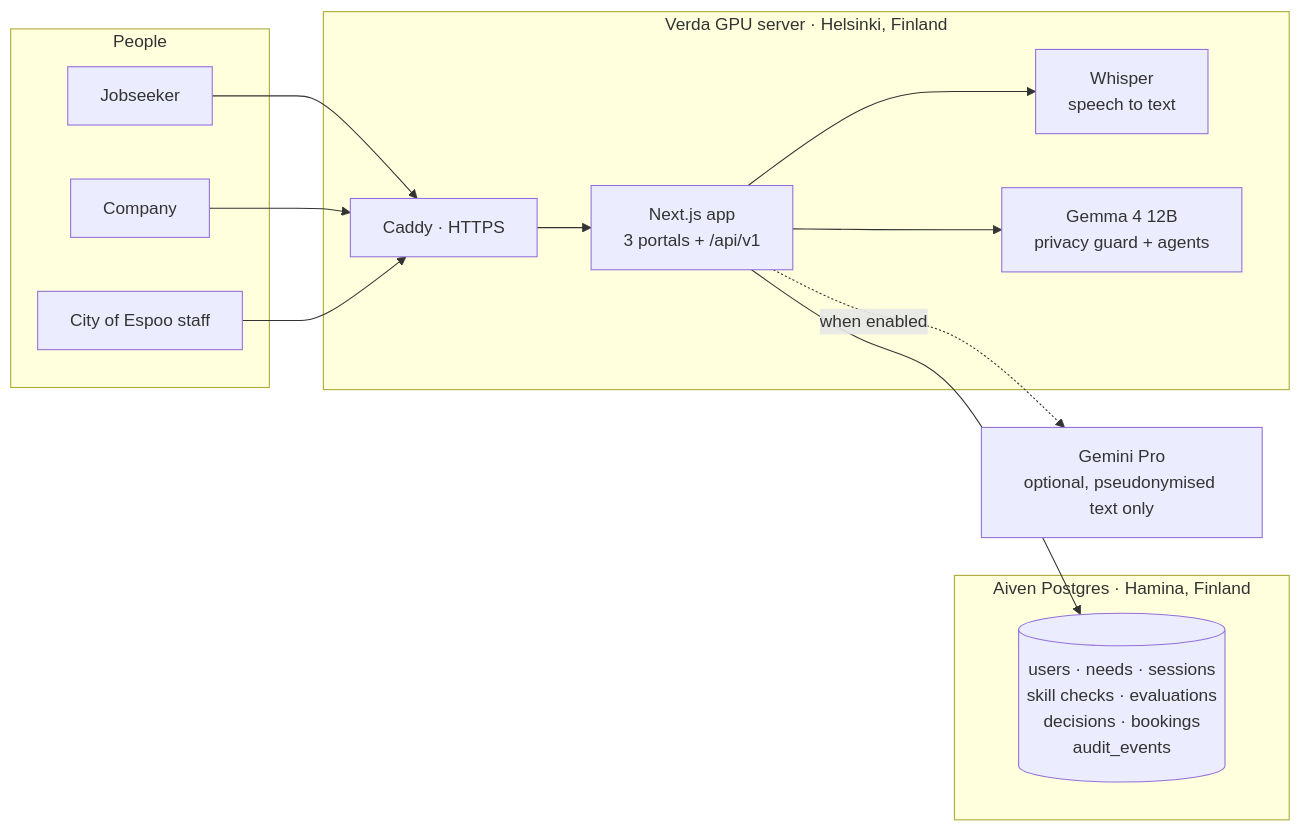
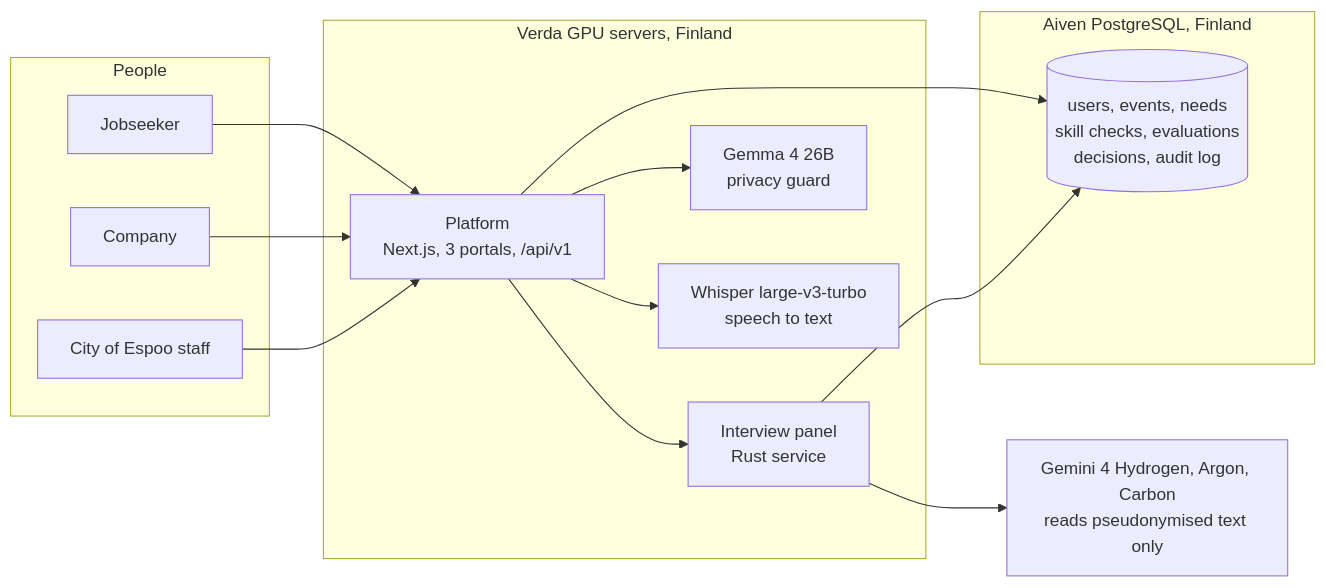
One commit to Sairanyx/skill-check changed the first of 3 diagrams in docs/ARCHITECTURE.md. Above: the diagram before and after it, drawn with Mermaid. The commit also changed other lines of this file and 57 other files, not shown here.

````diff
--- a/docs/ARCHITECTURE.md
+++ b/docs/ARCHITECTURE.md
@@ -7,27 +10,29 @@
 ```mermaid
 flowchart LR
   subgraph People
     J[Jobseeker]
     C[Company]
     E[City of Espoo staff]
   end
 
-  subgraph Verda["Verda GPU server · Helsinki, Finland"]
-    CAD[Caddy · HTTPS]
-    APP[Next.js app<br/>3 portals + /api/v1]
-    W[Whisper<br/>speech to text]
-    G[Gemma 4 12B<br/>privacy guard + agents]
+  subgraph Verda["Verda GPU servers, Finland"]
+    APP["Platform<br/>Next.js, 3 portals, /api/v1"]
+    PANEL["Interview panel<br/>Rust service"]
+    G["Gemma 4 26B<br/>privacy guard"]
+    W["Whisper large-v3-turbo<br/>speech to text"]
   end
 
-  subgraph Aiven["Aiven Postgres · Hamina, Finland"]
-    DB[(users · needs · sessions<br/>skill checks · evaluations<br/>decisions · bookings<br/>audit_events)]
+  subgraph Aiven["Aiven PostgreSQL, Finland"]
+    DB[("users, events, needs<br/>skill checks, evaluations<br/>decisions, audit log")]
   end
 
-  GEM[Gemini Pro<br/>optional, pseudonymised text only]
+  GEM["Gemini 4 Hydrogen, Argon, Carbon<br/>reads pseudonymised text only"]
 
-  J & C & E --> CAD --> APP
+  J & C & E --> APP
   APP --> W
   APP --> G
+  APP --> PANEL
+  PANEL --> GEM
   APP --> DB
-  APP -. when enabled .-> GEM
+  PANEL --> DB
 ```
````
